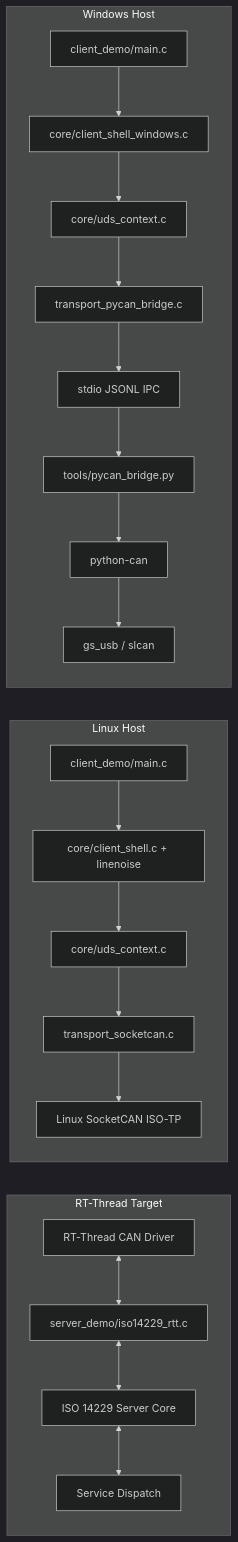
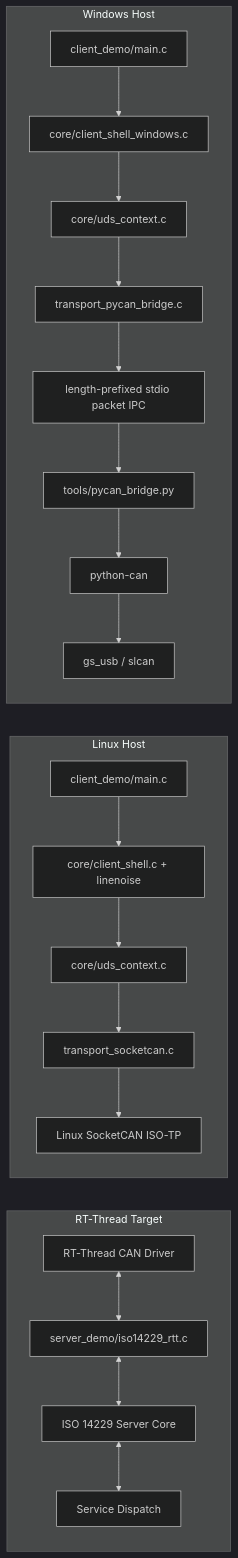
Before and after one commit to wdfk-prog/iso14229: the diagram in examples/rtt_server/README.md, drawn with Mermaid (dark theme). The commit also changed 10 other files, not shown here.

````diff
--- a/examples/rtt_server/README.md
+++ b/examples/rtt_server/README.md
@@ -121,33 +121,33 @@
 ```mermaid
 flowchart LR
     subgraph Server[RT-Thread Target]
         CANDRV[RT-Thread CAN Driver]
         RTTADP[server_demo/iso14229_rtt.c]
         SVCDISP[Service Dispatch]
         UDS_SRV[ISO 14229 Server Core]
         CANDRV <--> RTTADP
         RTTADP <--> UDS_SRV
         UDS_SRV <--> SVCDISP
     end
 
     subgraph Linux[Linux Host]
         LCLI[client_demo/main.c]
         LSHELL[core/client_shell.c + linenoise]
         LCTX[core/uds_context.c]
         LTP[transport_socketcan.c]
         KISOTP[Linux SocketCAN ISO-TP]
         LCLI --> LSHELL --> LCTX --> LTP --> KISOTP
     end
 
     subgraph Windows[Windows Host]
         WCLI[client_demo/main.c]
         WSHELL[core/client_shell_windows.c]
         WCTX[core/uds_context.c]
         WTP[transport_pycan_bridge.c]
-        IPC[stdio JSONL IPC]
+        IPC[length-prefixed stdio packet IPC]
         PYBRIDGE[tools/pycan_bridge.py]
         PYCAN[python-can]
         DEV[gs_usb / slcan]
         WCLI --> WSHELL --> WCTX --> WTP --> IPC --> PYBRIDGE --> PYCAN --> DEV
     end
 ```
````
